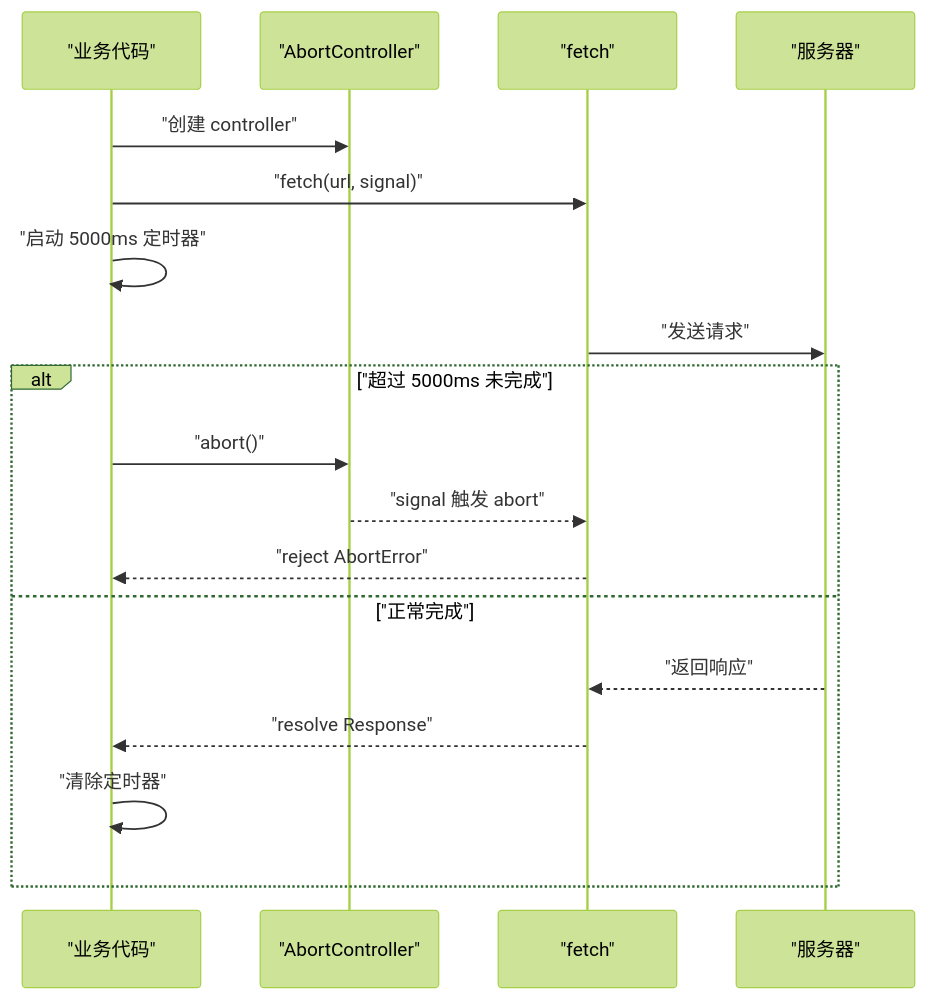
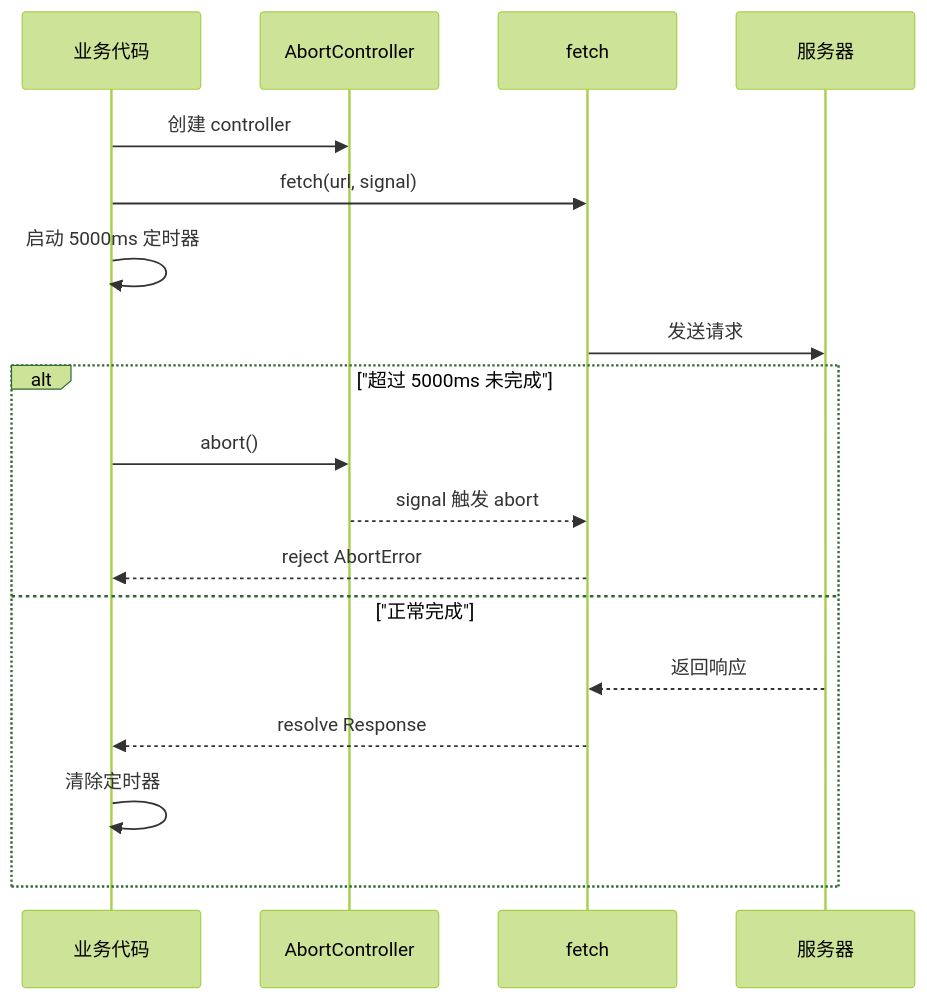
The fifth of 9 diagrams in docs/api/http-clients-libraries.md (Shyu-x/frontend-interview), drawn with Mermaid (forest theme) before and after one commit. The commit also changed other lines of this file and 23 other files, not shown here.

First line of the commit message:
fix(docs): 修复 28 张无法渲染的 Mermaid 图，新增真实解析器校验与 PDF 下载页

````diff
--- a/docs/api/http-clients-libraries.md
+++ b/docs/api/http-clients-libraries.md
@@ -562,20 +562,20 @@
 ```mermaid
 sequenceDiagram
-  participant JS as "业务代码"
-  participant AC as "AbortController"
-  participant F as "fetch"
-  participant S as "服务器"
-  JS->>AC: "创建 controller"
-  JS->>F: "fetch(url, signal)"
-  JS->>JS: "启动 5000ms 定时器"
-  F->>S: "发送请求"
+  participant JS as 业务代码
+  participant AC as AbortController
+  participant F as fetch
+  participant S as 服务器
+  JS->>AC: 创建 controller
+  JS->>F: fetch(url, signal)
+  JS->>JS: 启动 5000ms 定时器
+  F->>S: 发送请求
   alt "超过 5000ms 未完成"
-    JS->>AC: "abort()"
-    AC-->>F: "signal 触发 abort"
-    F-->>JS: "reject AbortError"
+    JS->>AC: abort()
+    AC-->>F: signal 触发 abort
+    F-->>JS: reject AbortError
   else "正常完成"
-    S-->>F: "返回响应"
-    F-->>JS: "resolve Response"
-    JS->>JS: "清除定时器"
+    S-->>F: 返回响应
+    F-->>JS: resolve Response
+    JS->>JS: 清除定时器
   end
 ```
````
